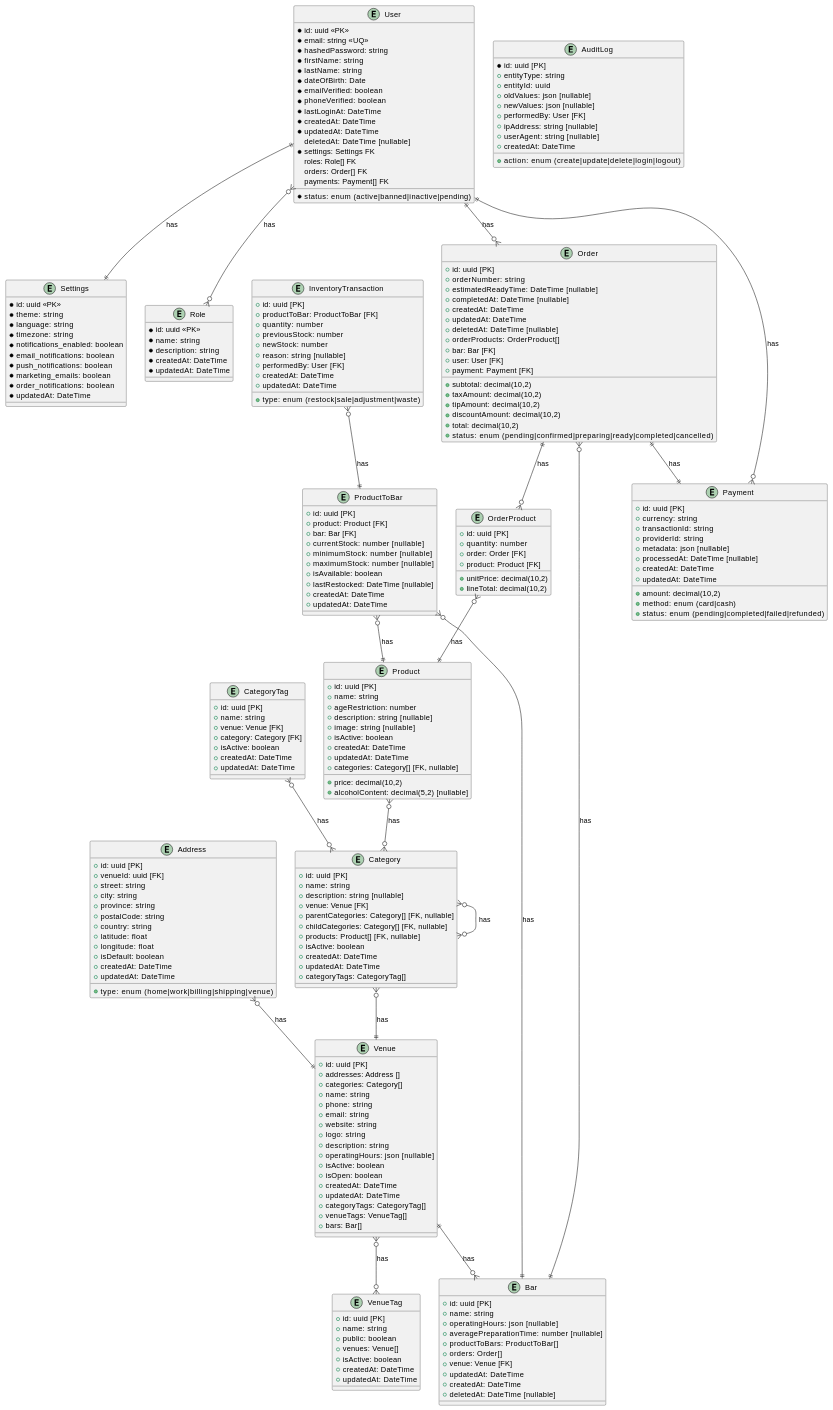
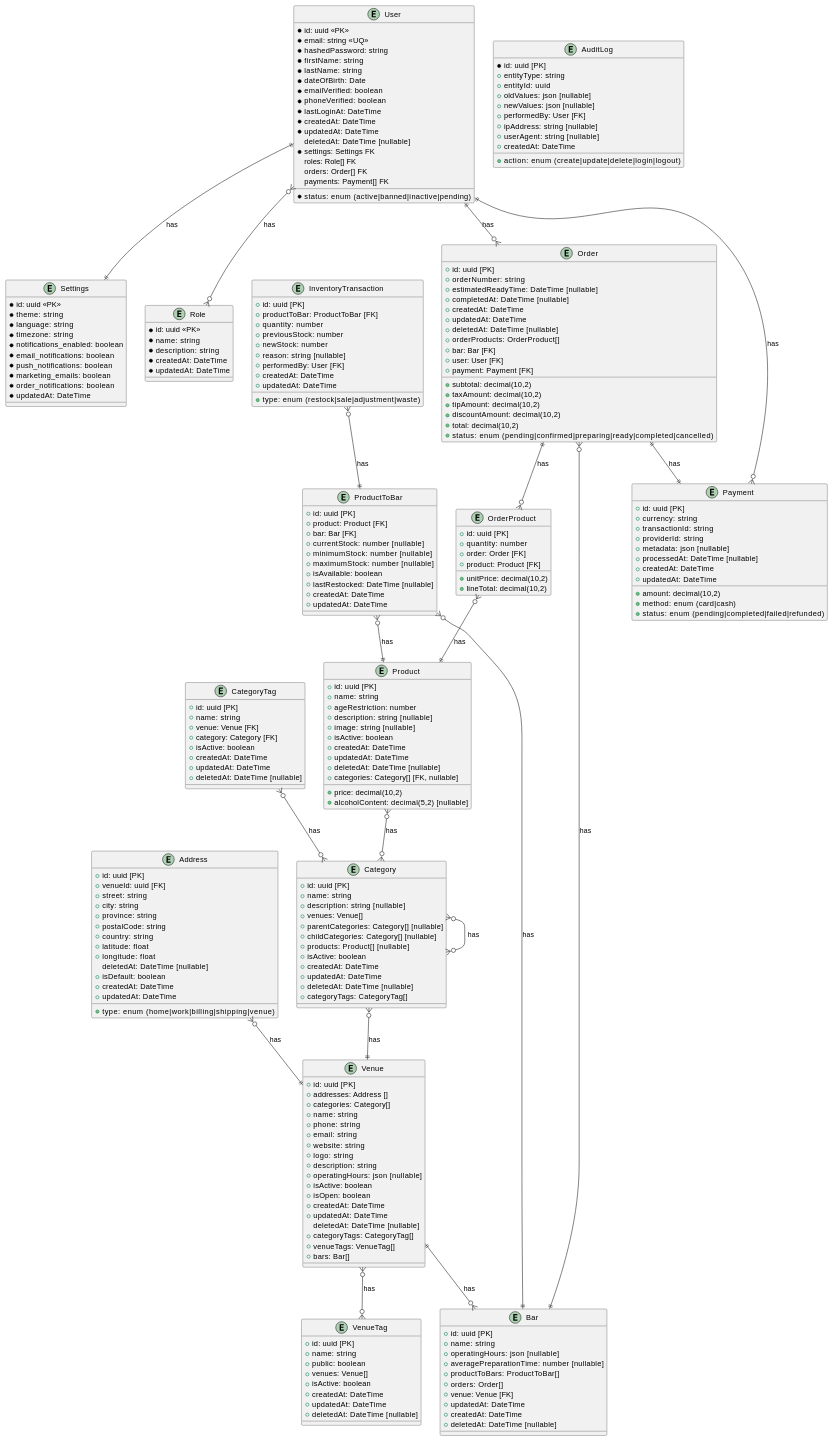
Before and after one commit to robinoosterik2/FastBar: the diagram in notes/ERD.md, drawn with PlantUML. The commit also changed 11 other files, not shown here.

```diff
--- a/notes/ERD.md
+++ b/notes/ERD.md
@@ -52,6 +52,7 @@
   + country: string
   + latitude: float
   + longitude: float
+  deletedAt: DateTime [nullable]
   + type: enum (home|work|billing|shipping|venue)
   + isDefault: boolean
   + createdAt: DateTime
@@ -73,6 +74,7 @@
   + isOpen: boolean
   + createdAt: DateTime
   + updatedAt: DateTime
+  deletedAt: DateTime [nullable]
   + categoryTags: CategoryTag[]
   + venueTags: VenueTag[]
   + bars: Bar[]
@@ -102,6 +104,7 @@
   + alcoholContent: decimal(5,2) [nullable]
   + createdAt: DateTime
   + updatedAt: DateTime
+  + deletedAt: DateTime [nullable]
   + categories: Category[] [FK, nullable]
 }
 
@@ -109,13 +112,14 @@
   + id: uuid [PK]
   + name: string
   + description: string [nullable]
-  + venue: Venue [FK]
-  + parentCategories: Category[] [FK, nullable]
-  + childCategories: Category[] [FK, nullable]
-  + products: Product[] [FK, nullable]
+  + venues: Venue[]
+  + parentCategories: Category[] [nullable]
+  + childCategories: Category[] [nullable]
+  + products: Product[] [nullable]
   + isActive: boolean
   + createdAt: DateTime
   + updatedAt: DateTime
+  + deletedAt: DateTime [nullable]
   + categoryTags: CategoryTag[]
 }
 
@@ -209,6 +213,7 @@
   + isActive: boolean
   + createdAt: DateTime
   + updatedAt: DateTime
+  + deletedAt: DateTime [nullable]
 }
 
 entity VenueTag {
@@ -219,6 +224,7 @@
   + isActive: boolean
   + createdAt: DateTime
   + updatedAt: DateTime
+  + deletedAt: DateTime [nullable]
 }
 
 User }o--o{ Role : has
```
